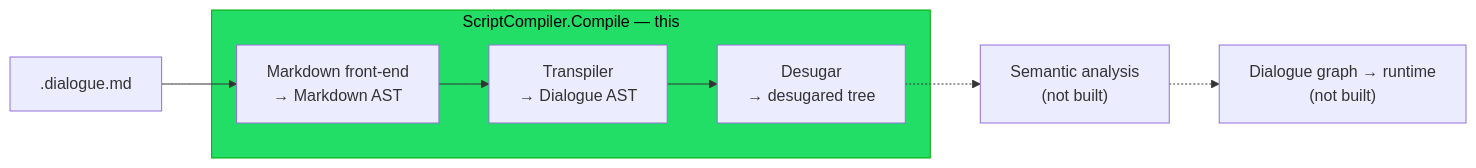
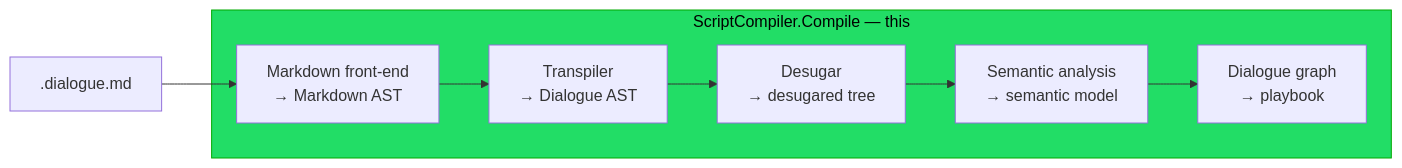
One commit to pengzhengyi/dialoguedown changed the first of 2 diagrams in docs/contributing/design-notes/core/Script Compiler Facade.md. Above: the diagram before and after it, drawn with Mermaid. The commit also changed other lines of this file and 11 other files, not shown here.

````diff
--- a/docs/contributing/design-notes/core/Script Compiler Facade.md
+++ b/docs/contributing/design-notes/core/Script Compiler Facade.md
@@ -51,14 +49,16 @@
 ```mermaid
 flowchart LR
     A[".dialogue.md"] --> B["Markdown front-end<br/>→ Markdown AST"]
     B --> C["Transpiler<br/>→ Dialogue AST"]
     C --> D["Desugar<br/>→ desugared tree"]
-    D -.-> E["Semantic analysis<br/>(not built)"]
-    E -.-> F["Dialogue graph → runtime<br/>(not built)"]
+    D --> E["Semantic analysis<br/>→ semantic model"]
+    E --> F["Dialogue graph<br/>→ playbook"]
     subgraph facade["ScriptCompiler.Compile — this"]
         B
         C
         D
+        E
+        F
     end
     style facade fill:#2d6,stroke:#0a0,color:#000
 ```
````
